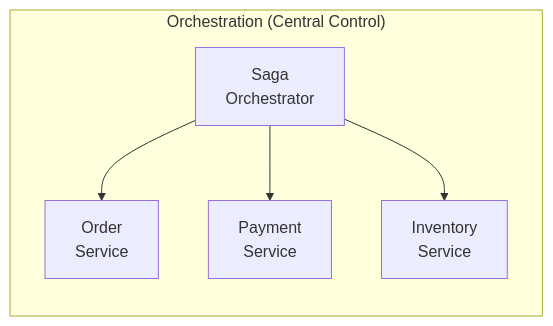
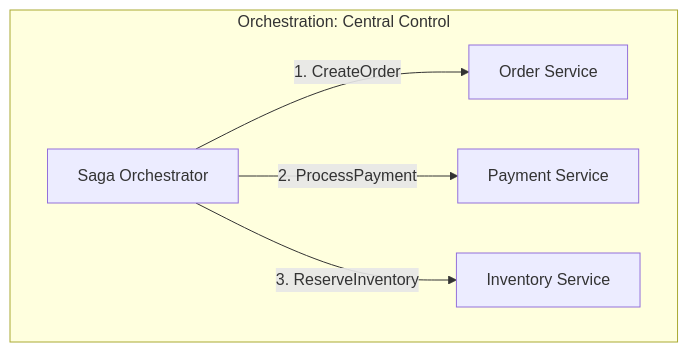
The seventh of 8 diagrams in SystemDesign/SystemDesign/Sessions/Distributed Transactions/Distributed Transactions.md (calmrocks/system-design-dive-deep), drawn with Mermaid before and after one commit. The commit also changed other lines of this file, not shown here.

````diff
--- a/SystemDesign/SystemDesign/Sessions/Distributed Transactions/Distributed Transactions.md
+++ b/SystemDesign/SystemDesign/Sessions/Distributed Transactions/Distributed Transactions.md
@@ -255,10 +285,9 @@
-```mermaid
+~~~mermaid
 flowchart TB
-    subgraph Orchestration["Orchestration (Central Control)"]
-        direction TB
-        ORCH["Saga<br/>Orchestrator"]
-        ORCH --> OS2["Order<br/>Service"]
-        ORCH --> PS2["Payment<br/>Service"]
-        ORCH --> IS2["Inventory<br/>Service"]
+    subgraph orch["Orchestration: Central Control"]
+        ORCH["Saga Orchestrator"]
+        ORCH -->|"1. CreateOrder"| O2["Order Service"]
+        ORCH -->|"2. ProcessPayment"| P2["Payment Service"]
+        ORCH -->|"3. ReserveInventory"| I2["Inventory Service"]
     end
-```
+~~~
````
